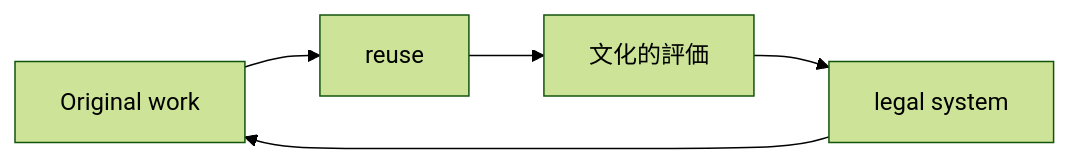
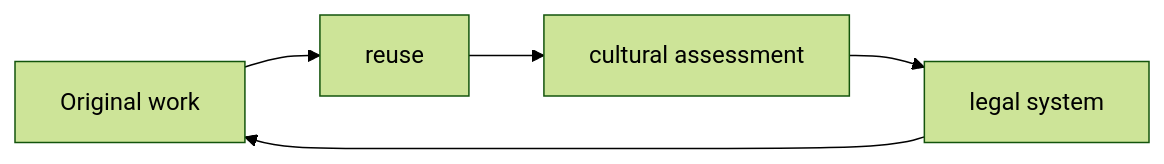
Before and after one commit to monumental-movement/monumental-movement.github.io: the second of 2 diagrams in en/_posts/2026-02-06-column-music-culture-copyright-remix.md, drawn with Mermaid (forest theme). The commit also changed other lines of this file and 445 other files, not shown here.

```diff
--- a/en/_posts/2026-02-06-column-music-culture-copyright-remix.md
+++ b/en/_posts/2026-02-06-column-music-culture-copyright-remix.md
@@ -173,8 +173,8 @@
 <div class="mermaid">
 flowchart LR
     A[Original work]
     B[reuse]
-    C[文化的評価]
+    C[cultural assessment]
     D[legal system]
     A --> B --> C --> D --> A
 </div>
```
